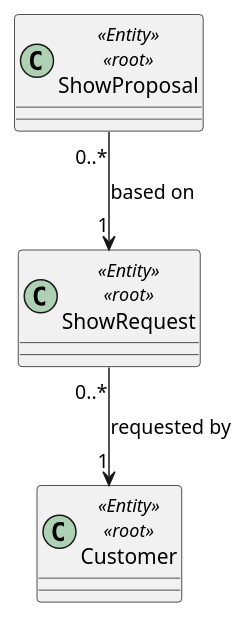
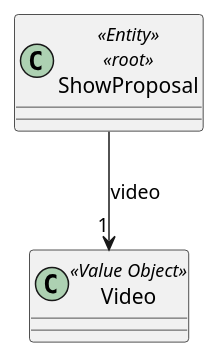
The diagram in docs/SPRINT_3/US315/puml/domain_model_us315.puml (diogoveirospro/sem4pi-2024-2025-sem4pi_2024_2025_g44), drawn with PlantUML before and after one commit. The commit also changed 9 other files, not shown here.

```diff
--- a/docs/SPRINT_3/US315/puml/domain_model_us315.puml
+++ b/docs/SPRINT_3/US315/puml/domain_model_us315.puml
@@ -1,19 +1,14 @@
 @startuml
 'https://plantuml.com/class-diagram
-
-class Customer <<Entity>> <<root>>{
-
-}
 
 class ShowProposal <<Entity>> <<root>>{
 }
 
-class ShowRequest <<Entity>> <<root>>{
+
+class Video <<Value Object>>{
 }
 
-ShowProposal "0..*" --> "1" ShowRequest: based on
-
-ShowRequest "0..*" --> "1" Customer: requested by
+ShowProposal --> "1" Video: video
 
 
 @enduml
```
